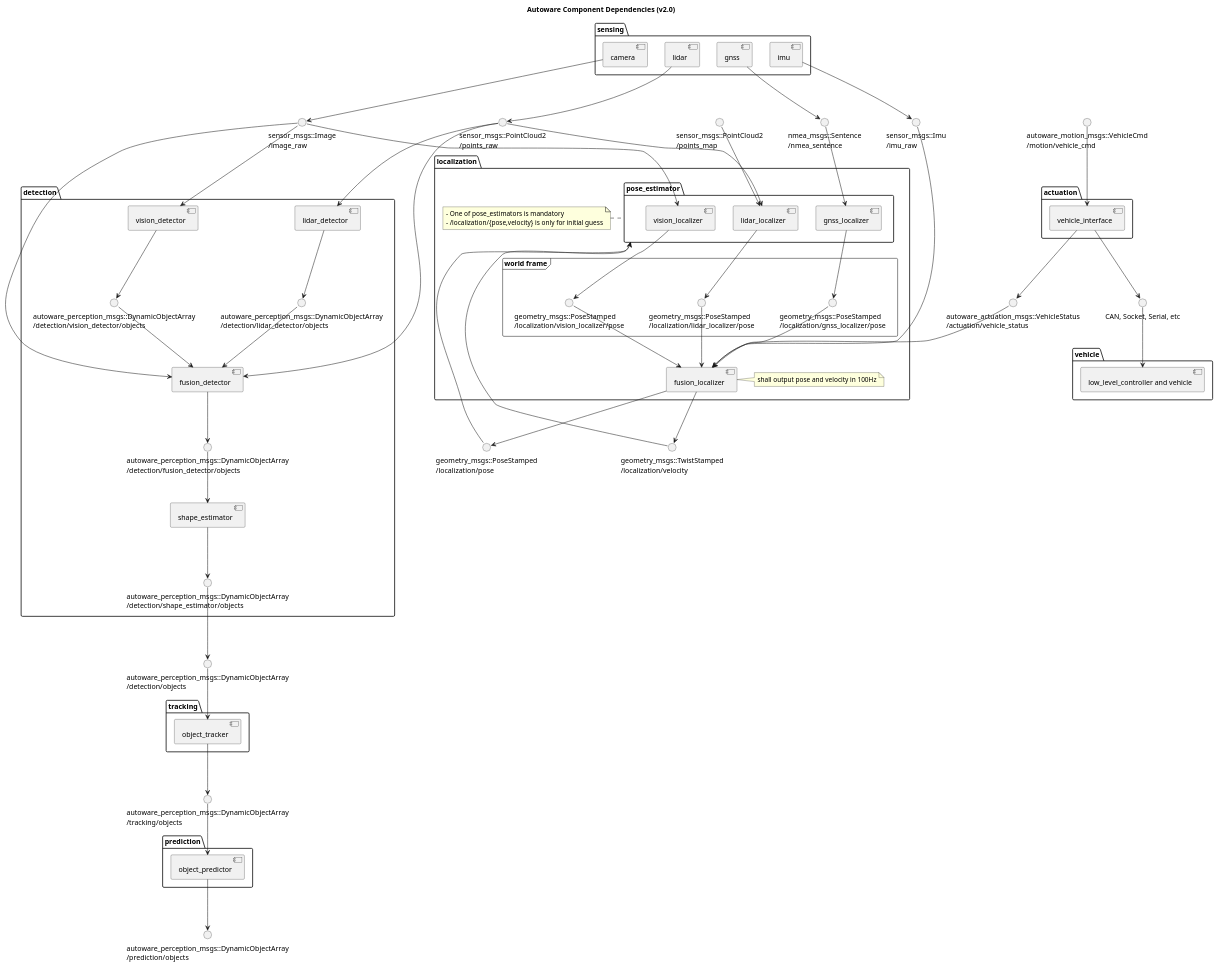
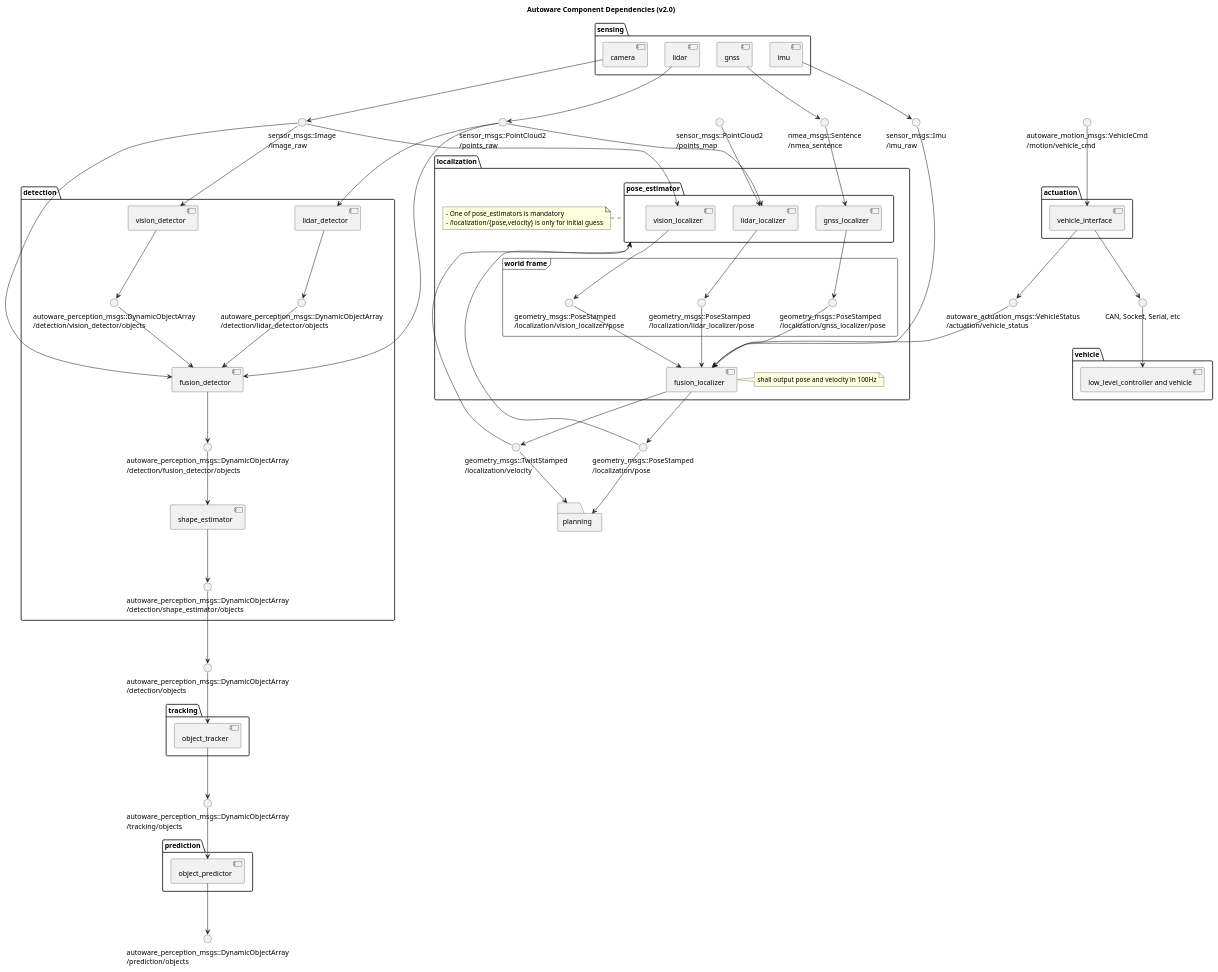
The diagram in docs/architecture/ComponentDiagram.pu (beenfhb/autoware), drawn with PlantUML before and after one commit.

Commit message:
Add planning

```diff
--- a/docs/architecture/ComponentDiagram.pu
+++ b/docs/architecture/ComponentDiagram.pu
@@ -160,7 +160,10 @@
 
 () "autoware_motion_msgs::VehicleCmd\n/motion/vehicle_cmd" as twist
 
-'folder motion {
+folder planning {
+    'inputs
+    current_pose --> planning
+    current_velocity --> planning
 '    () "autoware_planning_msgs::Lane\n/motion/planner/waypoints" as final_waypoints
 '    () "geometry_msgs::TwistStamped\n/motion/waypoint_follower/twist" as twist_cmd
 '    () "geometry_msgs::TwistStamped\n/motion/motion_filter/twist" as twist_filtered
@@ -205,7 +208,7 @@
 '    pedal --> motion_gateway
 '    'outputs
 '    motion_gateway --> twist
-'}
+}
 
 () "CAN, Socket, Serial, etc" as vehicle_communication
 () "autoware_actuation_msgs::VehicleStatus\n/actuation/vehicle_status" as vehicle_status
```
